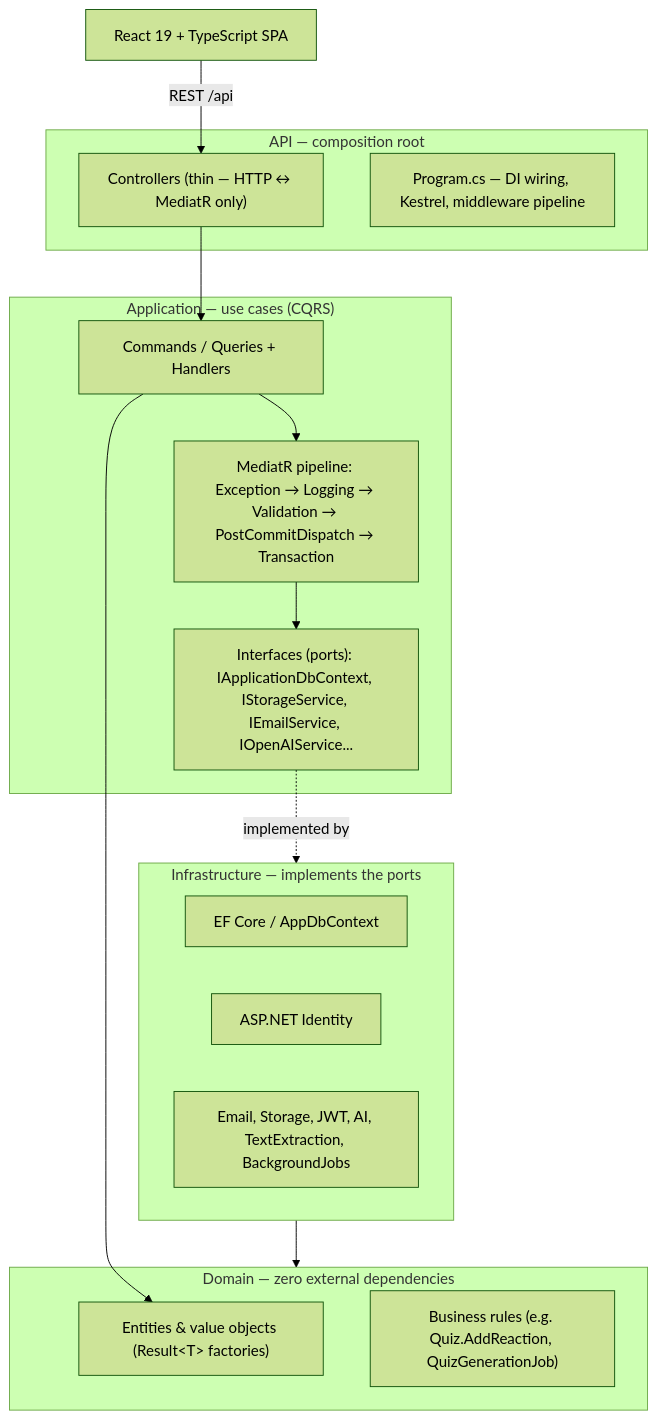
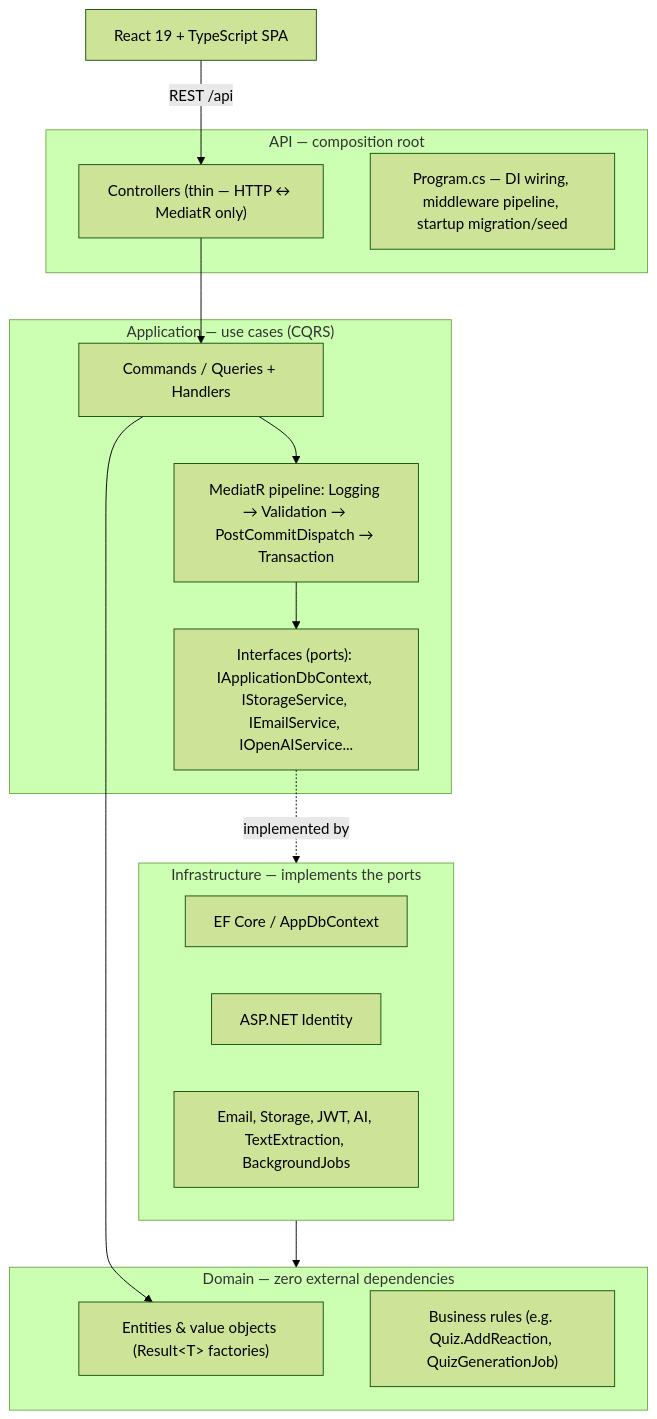
Before and after one commit to Aws03/KNOX: the diagram in README.md, drawn with Mermaid (forest theme). The commit also changed other lines of this file and 1 other file, not shown here.

Commit message:
docs: rewrite README and CLAUDE.md for the current architecture

````diff
--- a/README.md
+++ b/README.md
@@ -40,33 +40,33 @@
 ```mermaid
 flowchart TD
     subgraph API["API — composition root"]
         Controllers["Controllers (thin — HTTP ↔ MediatR only)"]
-        Program["Program.cs — DI wiring, Kestrel, middleware pipeline"]
+        Program["Program.cs — DI wiring, middleware pipeline, startup migration/seed"]
     end
 
     subgraph Application["Application — use cases (CQRS)"]
         Commands["Commands / Queries + Handlers"]
-        Behaviours["MediatR pipeline: Exception → Logging → Validation → PostCommitDispatch → Transaction"]
+        Behaviours["MediatR pipeline: Logging → Validation → PostCommitDispatch → Transaction"]
         Ports["Interfaces (ports): IApplicationDbContext, IStorageService, IEmailService, IOpenAIService..."]
     end
 
     subgraph Infrastructure["Infrastructure — implements the ports"]
         EFCore["EF Core / AppDbContext"]
         Identity["ASP.NET Identity"]
         Services["Email, Storage, JWT, AI, TextExtraction, BackgroundJobs"]
     end
 
     subgraph Domain["Domain — zero external dependencies"]
         Entities["Entities & value objects (Result&lt;T&gt; factories)"]
         DomainLogic["Business rules (e.g. Quiz.AddReaction, QuizGenerationJob)"]
     end
 
     Controllers --> Commands
     Commands --> Behaviours
     Behaviours --> Ports
     Ports -.implemented by.-> Infrastructure
     Commands --> Entities
     Infrastructure --> Domain
 
     Frontend["React 19 + TypeScript SPA"] -->|REST /api| Controllers
 ```
````
